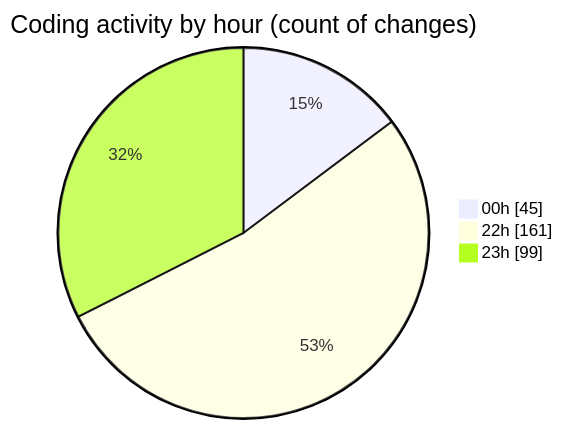
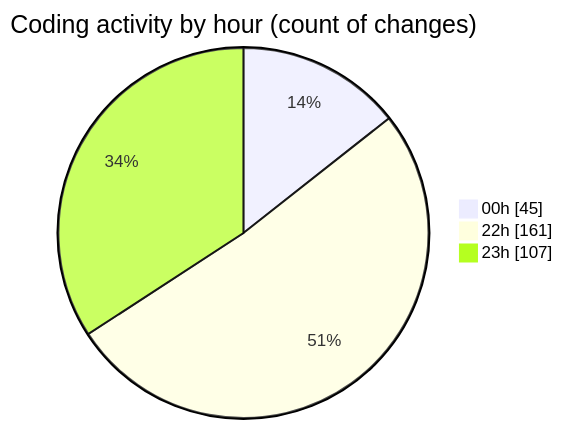
One commit to Ritupan-Deka/code-tracking changed the second of 2 diagrams in 2025-07-29/javascript/README.md. Above: the diagram before and after it, drawn with Mermaid. The commit also changed other lines of this file and 1 other file, not shown here.

````diff
--- a/2025-07-29/javascript/README.md
+++ b/2025-07-29/javascript/README.md
@@ -29,7 +29,7 @@
 ```mermaid
 pie showData
 title Coding activity by hour (count of changes)
 "00h" : 45
 "22h" : 161
-"23h" : 99
+"23h" : 107
 ```
````
